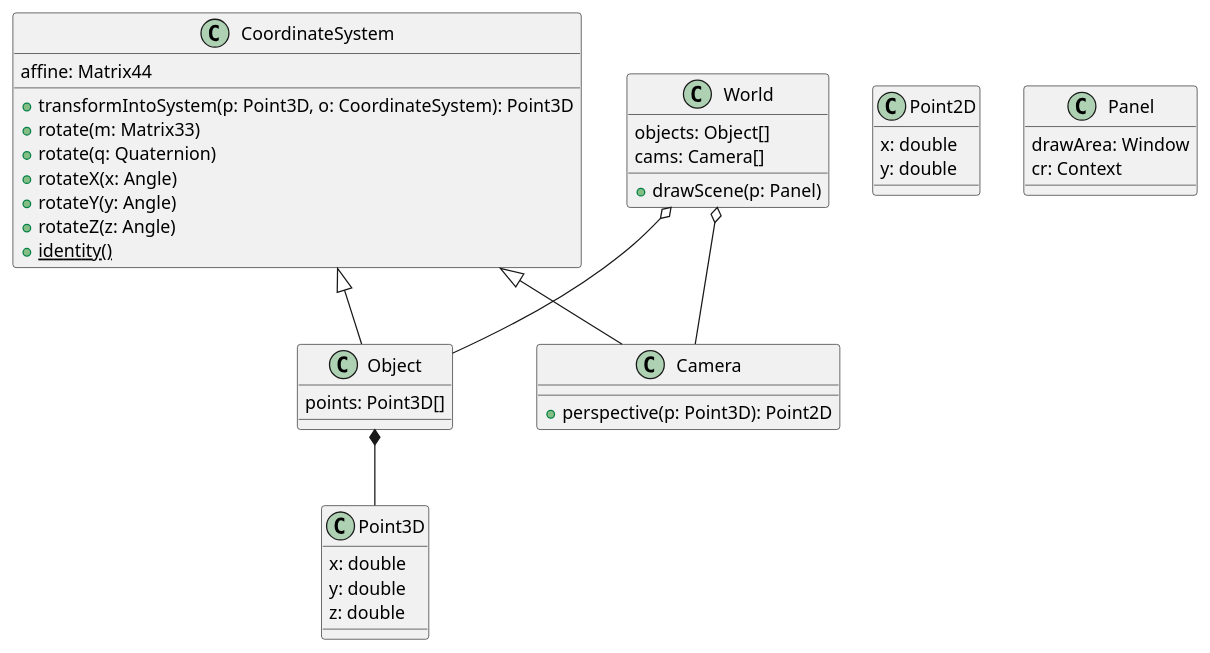
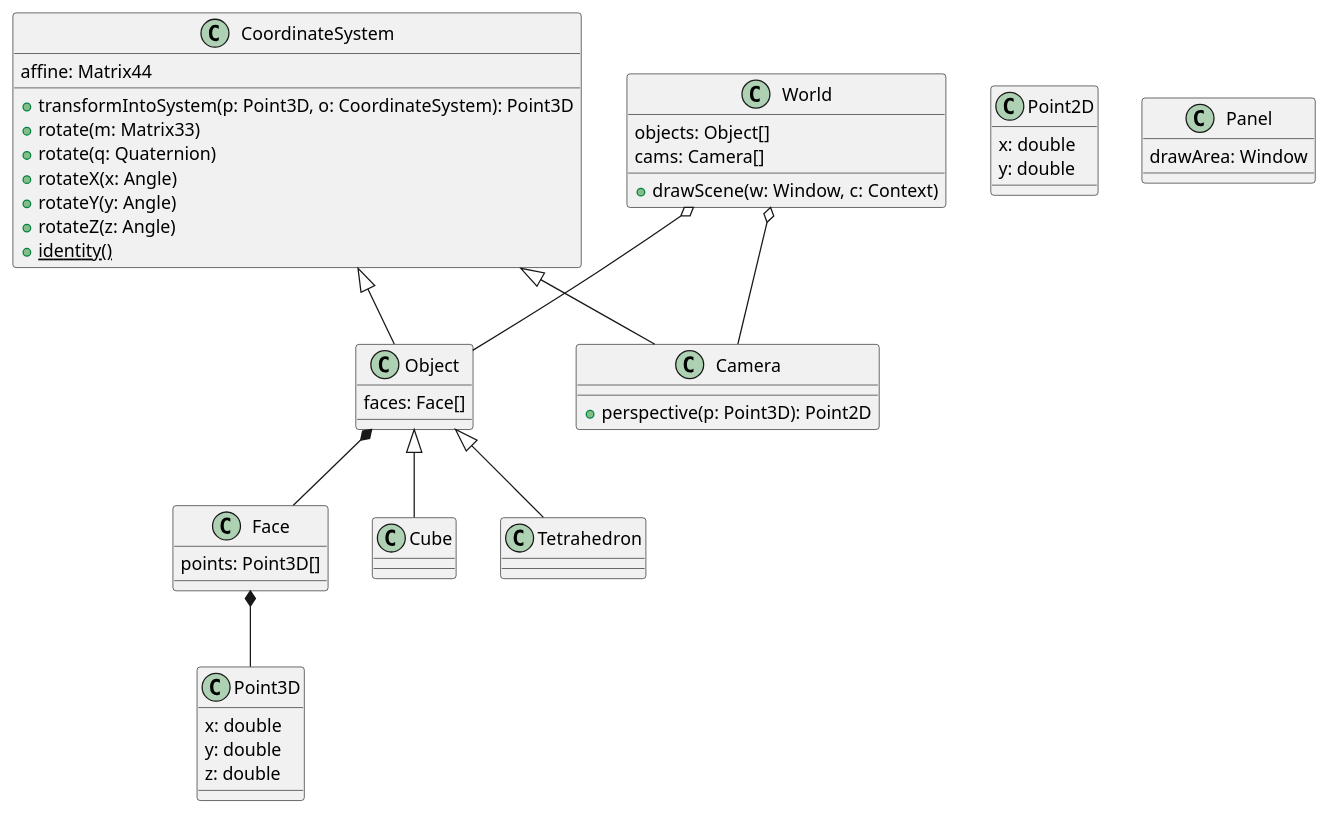
One commit to Nirzvi1/GraphicsEngine changed the diagram in project_plan.md. Above: the diagram before and after it, drawn with PlantUML.

Commit message:
Updated project plan

````diff
--- a/project_plan.md
+++ b/project_plan.md
@@ -1,49 +1,63 @@
 ```puml
 class Point3D {
   x: double
   y: double
   z: double
 }
 
 class Point2D {
   x: double
   y: double
 }
 
 class CoordinateSystem {
   affine: Matrix44
   + transformIntoSystem(p: Point3D, o: CoordinateSystem): Point3D
   + rotate(m: Matrix33)
   + rotate(q: Quaternion)
   + rotateX(x: Angle)
   + rotateY(y: Angle)
   + rotateZ(z: Angle)
   +<u>identity()
 }
 
 class Object {
+  faces: Face[]
+}
+
+class Cube {
+
+}
+
+class Tetrahedron {
+
+}
+
+class Face {
   points: Point3D[]
 }
 
 class Camera {
   + perspective(p: Point3D): Point2D
 }
 
 class World {
   objects: Object[]
   cams: Camera[]
-  + drawScene(p: Panel)
+  + drawScene(w: Window, c: Context)
 }
 
 class Panel {
   drawArea: Window
-  cr: Context
 }
 
 CoordinateSystem <|-- Camera
 CoordinateSystem <|-- Object
-Object *-- Point3D
+Object <|-- Cube
+Object <|-- Tetrahedron
+Object *-- Face
+Face *-- Point3D
 World o-- Object
 World o-- Camera
 
 ```
````
